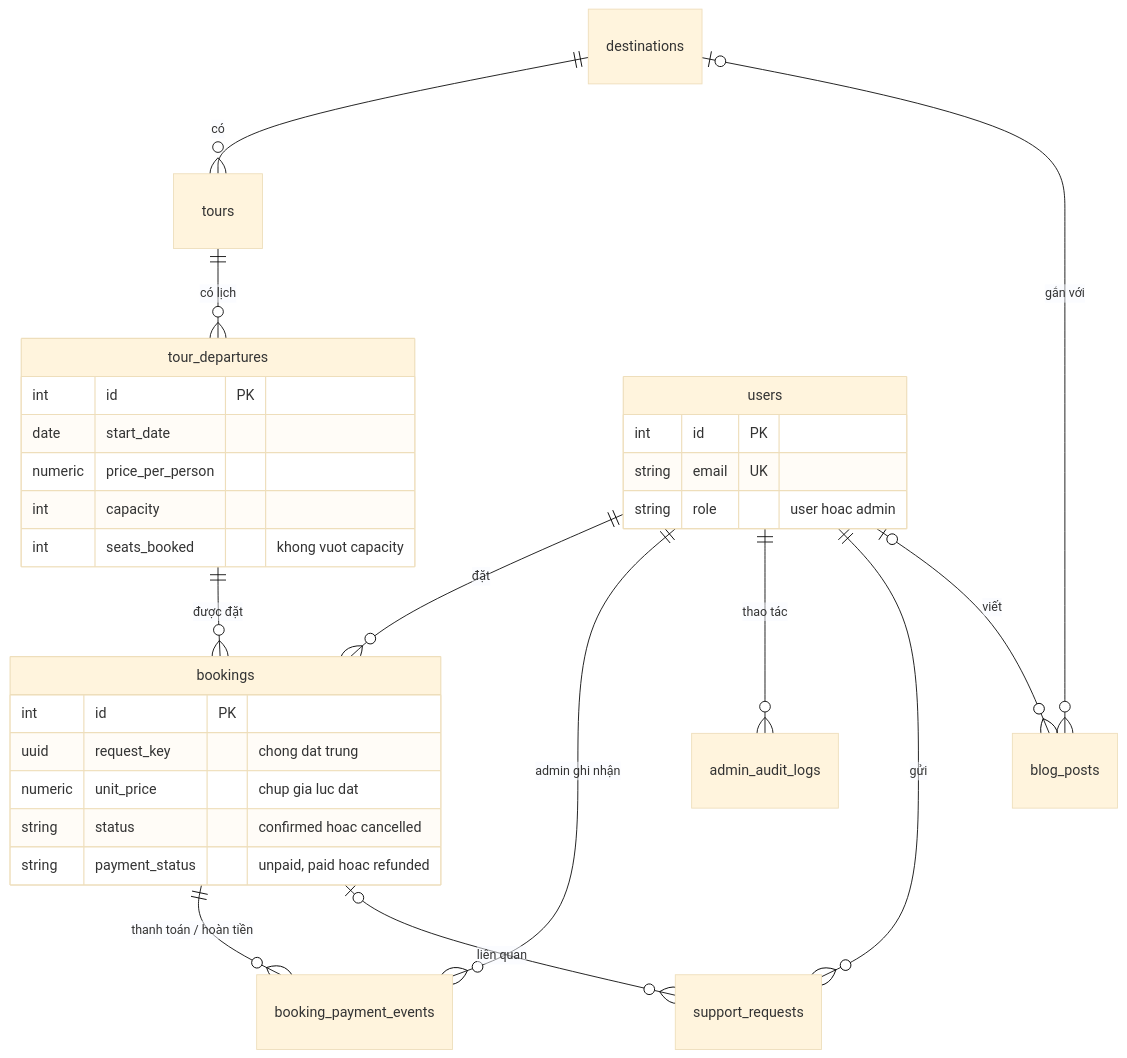
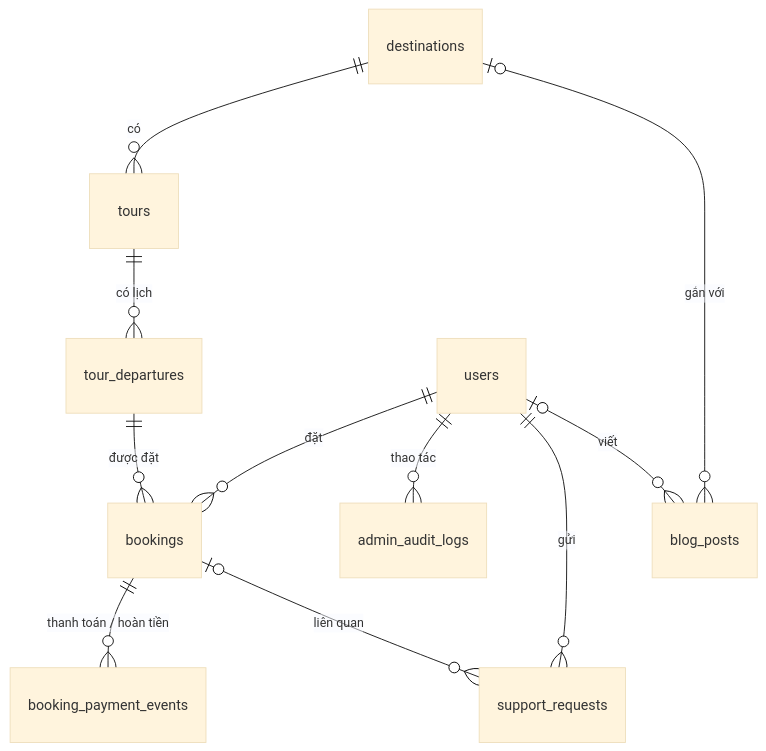
The diagram in README.md (khoan2202/travel_AI_booking), drawn with Mermaid (base theme) before and after one commit. The commit also changed other lines of this file, not shown here.

````diff
--- a/README.md
+++ b/README.md
@@ -101,33 +59,13 @@
 ```mermaid
 erDiagram
     destinations ||--o{ tours : "có"
     tours ||--o{ tour_departures : "có lịch"
     users ||--o{ bookings : "đặt"
     tour_departures ||--o{ bookings : "được đặt"
     bookings ||--o{ booking_payment_events : "thanh toán / hoàn tiền"
-    users ||--o{ booking_payment_events : "admin ghi nhận"
     users ||--o{ admin_audit_logs : "thao tác"
     users ||--o{ support_requests : "gửi"
     bookings |o--o{ support_requests : "liên quan"
     destinations |o--o{ blog_posts : "gắn với"
     users |o--o{ blog_posts : "viết"
-    users {
-        int id PK
-        string email UK
-        string role "user hoac admin"
-    }
-    tour_departures {
-        int id PK
-        date start_date
-        numeric price_per_person
-        int capacity
-        int seats_booked "khong vuot capacity"
-    }
-    bookings {
-        int id PK
-        uuid request_key "chong dat trung"
-        numeric unit_price "chup gia luc dat"
-        string status "confirmed hoac cancelled"
-        string payment_status "unpaid, paid hoac refunded"
-    }
 ```
````
